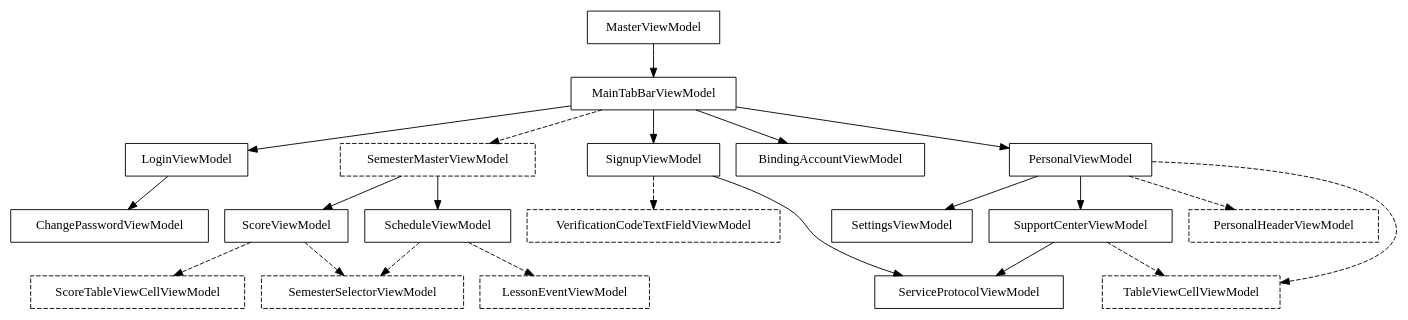
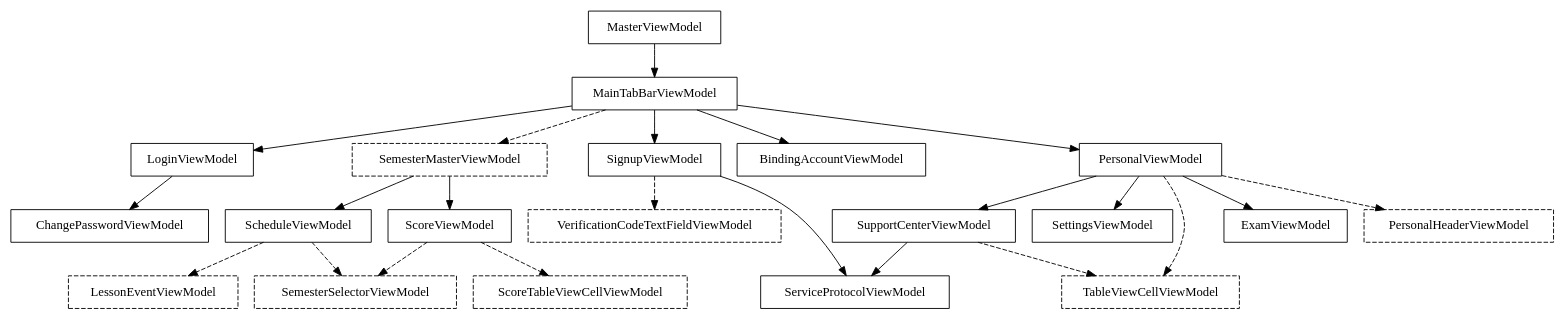
Before and after one commit to ty0x2333/XujcClient-iOS: the diagram in Graphviz/ViewModel.dot, drawn with Graphviz.

Commit message:
M Graphviz add ExamViewModel

```diff
--- a/Graphviz/ViewModel.dot
+++ b/Graphviz/ViewModel.dot
@@ -1,38 +1,39 @@
 digraph ViewModel{
 	node[shape = record];
 
 	MasterViewModel->MainTabBarViewModel;
 
 	MainTabBarViewModel->LoginViewModel->ChangePasswordViewModel;
 	MainTabBarViewModel->SignupViewModel->ServiceProtocolViewModel;
 	SignupViewModel->VerificationCodeTextFieldViewModel[style = dashed];
 	VerificationCodeTextFieldViewModel[style = dashed];
 	MainTabBarViewModel->SemesterMasterViewModel[style = dashed];
 	MainTabBarViewModel->BindingAccountViewModel;
 	MainTabBarViewModel->PersonalViewModel;
 
 	SemesterMasterViewModel[style = dashed];
 	SemesterMasterViewModel->ScheduleViewModel;
 	SemesterMasterViewModel->ScoreViewModel;
 
 	ScheduleViewModel->LessonEventViewModel[style = dashed];
 	ScheduleViewModel->SemesterSelectorViewModel[style = dashed];
 	LessonEventViewModel[style = dashed];
 
 	ScoreViewModel->ScoreTableViewCellViewModel[style = dashed];
 	ScoreViewModel->SemesterSelectorViewModel[style = dashed];
 	ScoreTableViewCellViewModel[style = dashed];
 
 	SemesterSelectorViewModel[style = dashed];
 
 	TableViewCellViewModel[style = dashed];
 
 	PersonalViewModel->SettingsViewModel;
 	PersonalViewModel->SupportCenterViewModel;
+	PersonalViewModel->ExamViewModel;
 	PersonalViewModel->PersonalHeaderViewModel[style = dashed];
 	PersonalViewModel->TableViewCellViewModel[style = dashed];
 	PersonalHeaderViewModel[style = dashed];
 
 	SupportCenterViewModel->TableViewCellViewModel[style = dashed];
 	SupportCenterViewModel->ServiceProtocolViewModel;
 }
```
